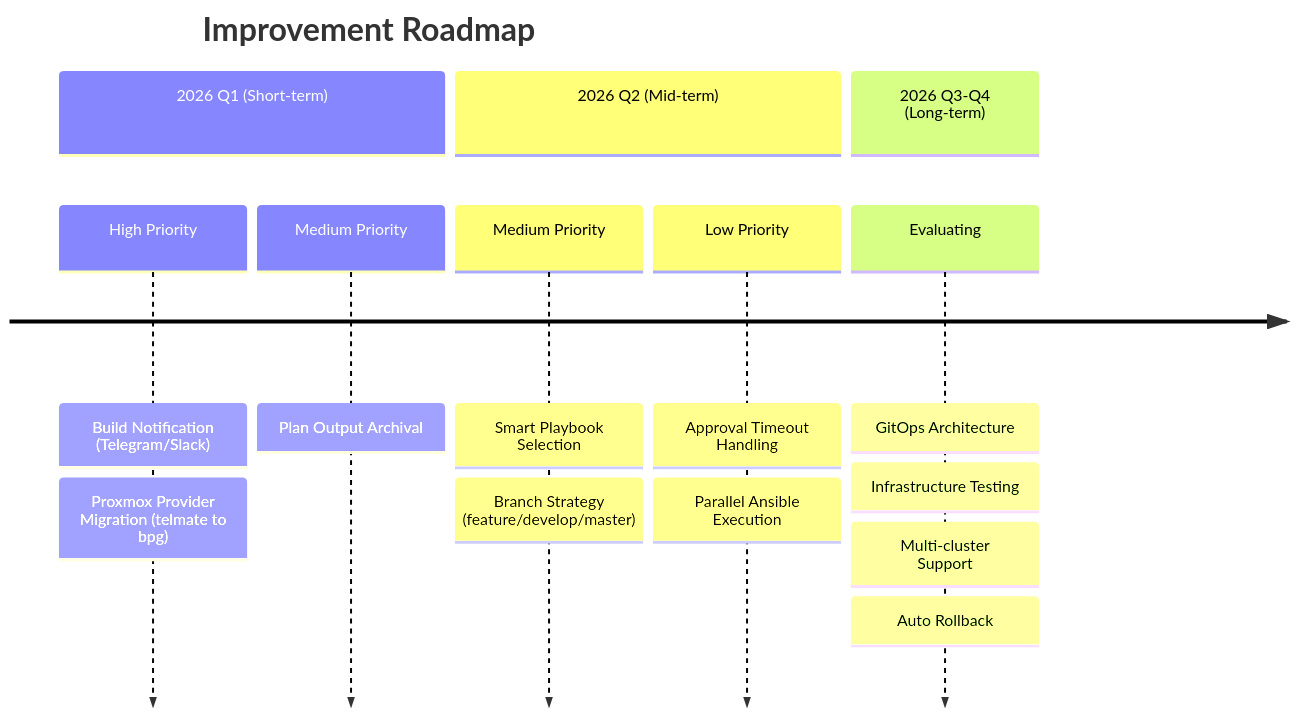
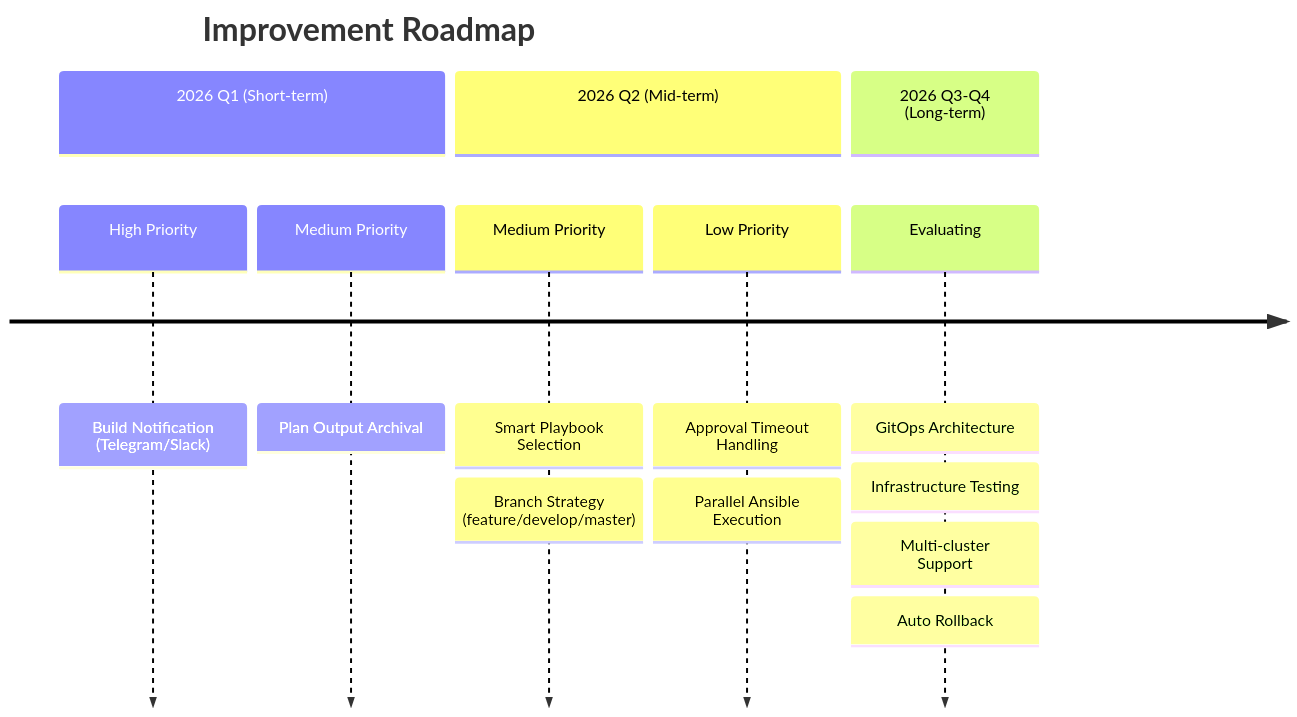
One commit to blue126/IaC changed the fifth of 5 diagrams in docs/designs/cicd-architecture.md. Above: the diagram before and after it, drawn with Mermaid. The commit also changed other lines of this file and 1 other file, not shown here.

First line of the commit message:
docs: add no-auto-commit rule and remove completed provider migration

````diff
--- a/docs/designs/cicd-architecture.md
+++ b/docs/designs/cicd-architecture.md
@@ -860,18 +838,17 @@
 ```mermaid
 timeline
     title Improvement Roadmap
     section 2026 Q1 (Short-term)
         High Priority : Build Notification (Telegram/Slack)
-                      : Proxmox Provider Migration (telmate to bpg)
         Medium Priority : Plan Output Archival
     section 2026 Q2 (Mid-term)
         Medium Priority : Smart Playbook Selection
                         : Branch Strategy (feature/develop/master)
         Low Priority : Approval Timeout Handling
                      : Parallel Ansible Execution
     section 2026 Q3-Q4 (Long-term)
         Evaluating : GitOps Architecture
                    : Infrastructure Testing
                    : Multi-cluster Support
                    : Auto Rollback
 ```
````
